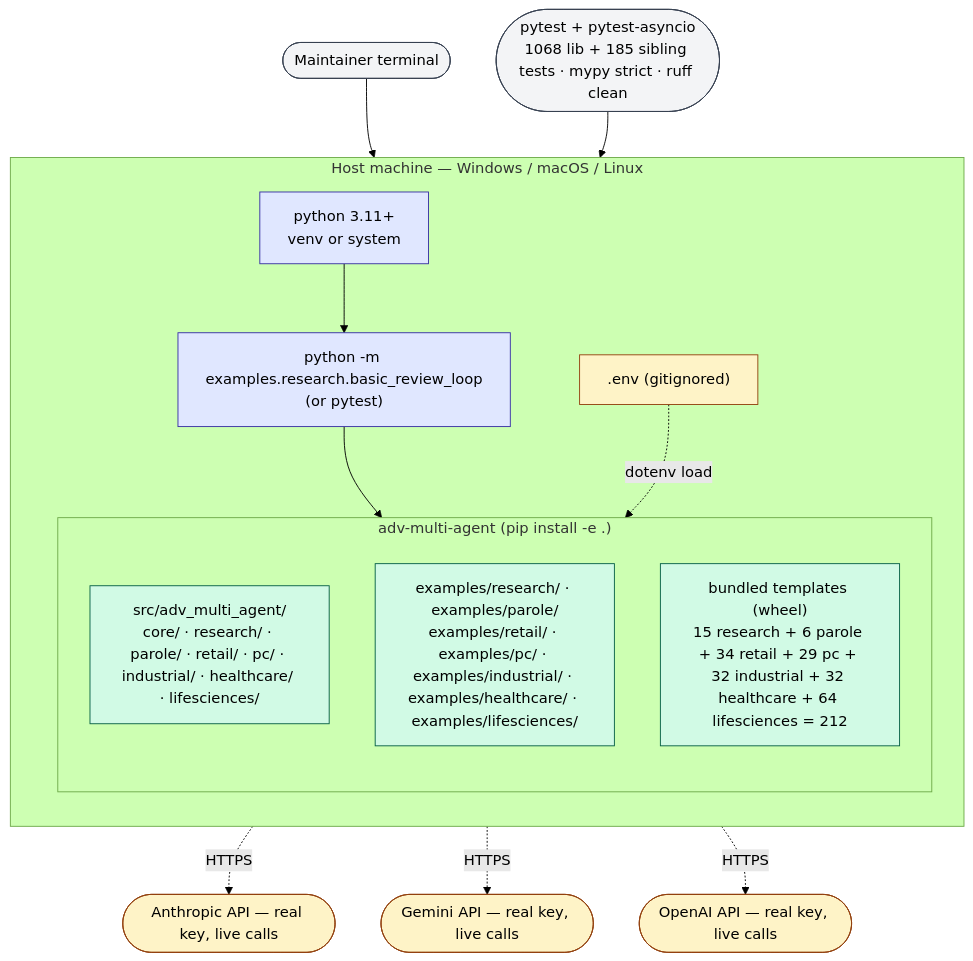
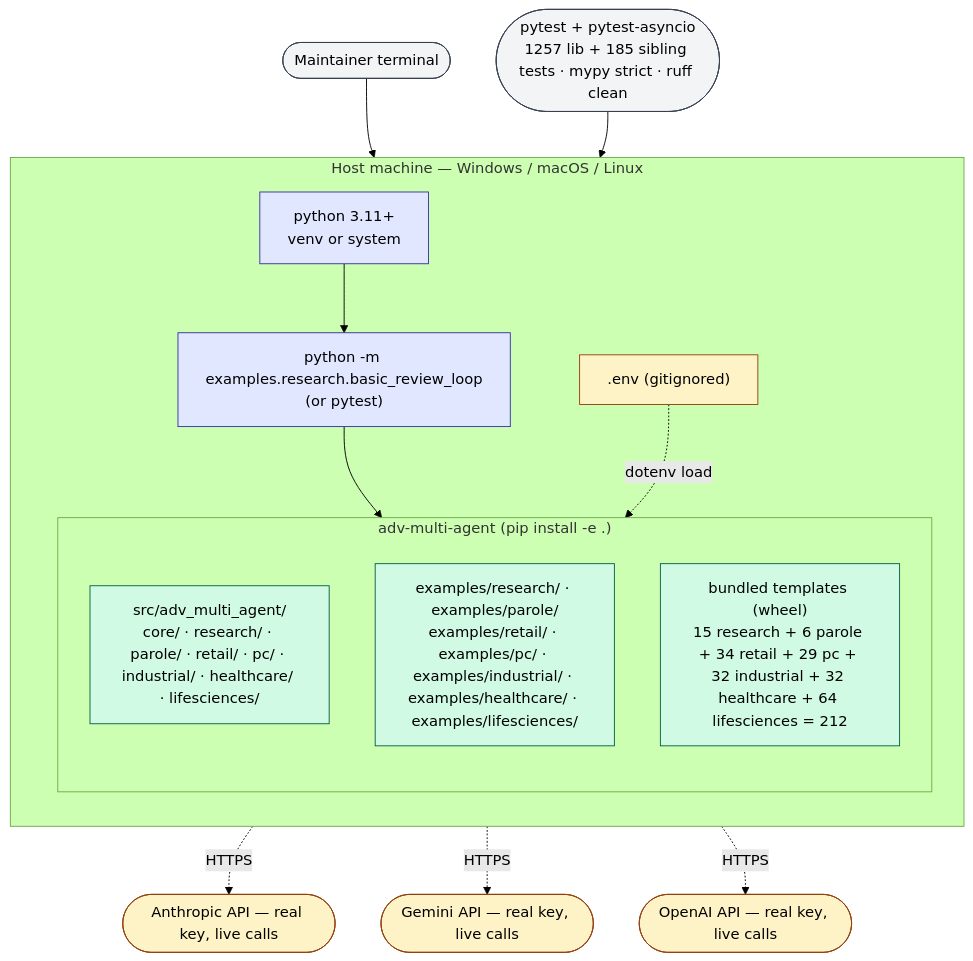
The second of 2 diagrams in docs/deployment-architecture.md (gmanch94/adversarial-multi-agent-lib), drawn with Mermaid (forest theme) before and after one commit. The commit also changed other lines of this file and 7 other files, not shown here.

````diff
--- a/docs/deployment-architecture.md
+++ b/docs/deployment-architecture.md
@@ -144,37 +144,37 @@
 ```mermaid
 flowchart TB
     classDef proc fill:#e0e7ff,stroke:#3730a3,color:#000
     classDef lib fill:#d1fae5,stroke:#065f46,color:#000
     classDef ext fill:#fef3c7,stroke:#92400e,color:#000
     classDef user fill:#f3f4f6,stroke:#374151,color:#000
 
     Dev(["Maintainer terminal"]):::user
-    Pyt(["pytest + pytest-asyncio<br/>1068 lib + 185 sibling tests · mypy strict · ruff clean"]):::user
+    Pyt(["pytest + pytest-asyncio<br/>1257 lib + 185 sibling tests · mypy strict · ruff clean"]):::user
 
     subgraph Host["Host machine — Windows / macOS / Linux"]
         direction TB
         Py["python 3.11+<br/>venv or system"]:::proc
         EnvLocal[".env (gitignored)"]:::ext
         Example["python -m examples.research.basic_review_loop<br/>(or pytest)"]:::proc
 
         subgraph Pkg["adv-multi-agent (pip install -e .)"]
             direction TB
             Src["src/adv_multi_agent/<br/>core/ · research/ · parole/ · retail/ · pc/ · industrial/ · healthcare/ · lifesciences/"]:::lib
             Examples["examples/research/ · examples/parole/<br/>examples/retail/ · examples/pc/ · examples/industrial/ · examples/healthcare/ · examples/lifesciences/"]:::lib
             SkillsDir["bundled templates (wheel)<br/>15 research + 6 parole + 34 retail + 29 pc + 32 industrial + 32 healthcare + 64 lifesciences = 212"]:::lib
         end
     end
 
     Anthro(["Anthropic API — real key, live calls"]):::ext
     GeminiDev(["Gemini API — real key, live calls"]):::ext
     OAI(["OpenAI API — real key, live calls"]):::ext
 
     Dev --> Py
     Pyt --> Py
     Py --> Example
     Example --> Src
     EnvLocal -. dotenv load .-> Src
     Src -. HTTPS .-> Anthro
     Src -. HTTPS .-> GeminiDev
     Src -. HTTPS .-> OAI
 ```
````
